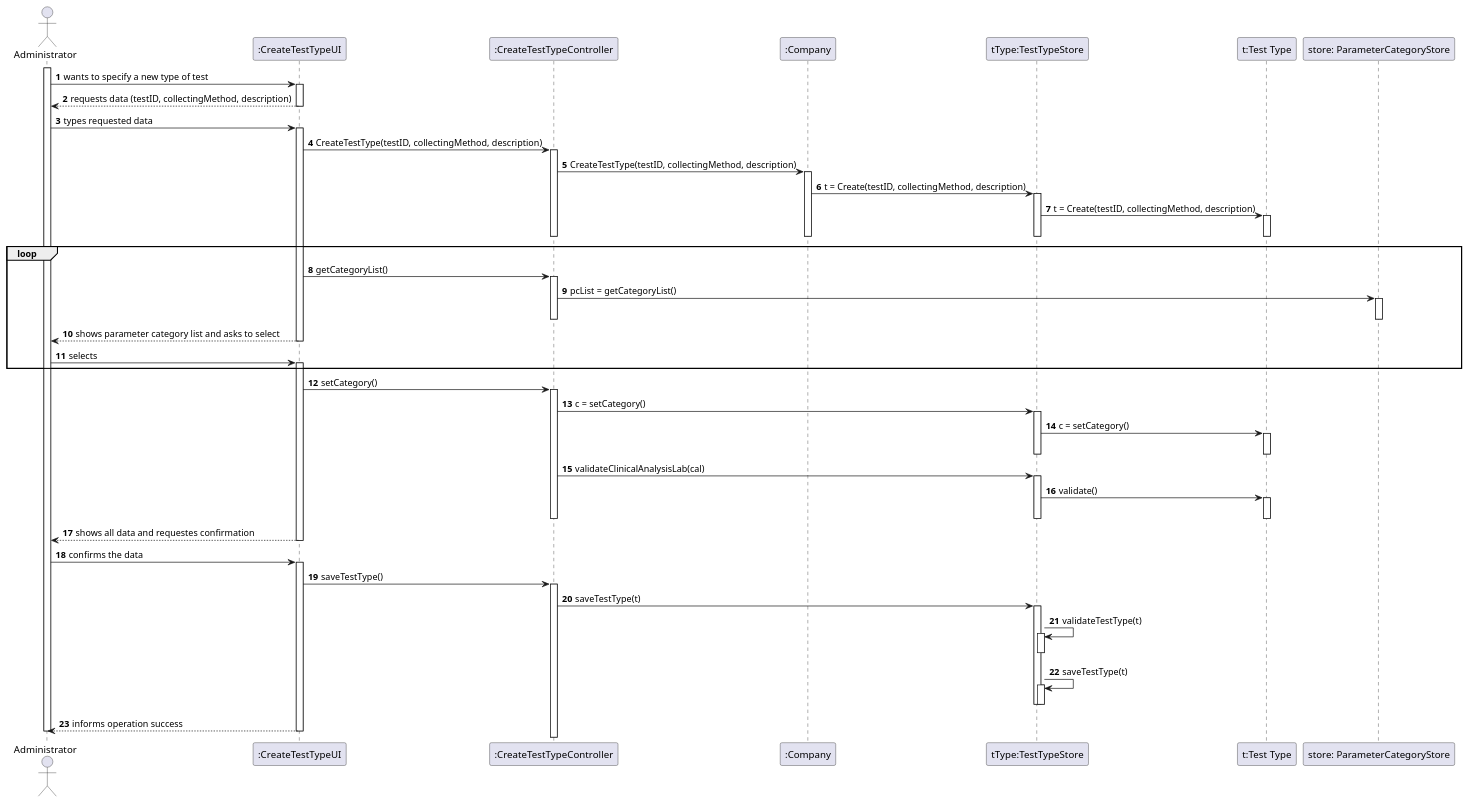
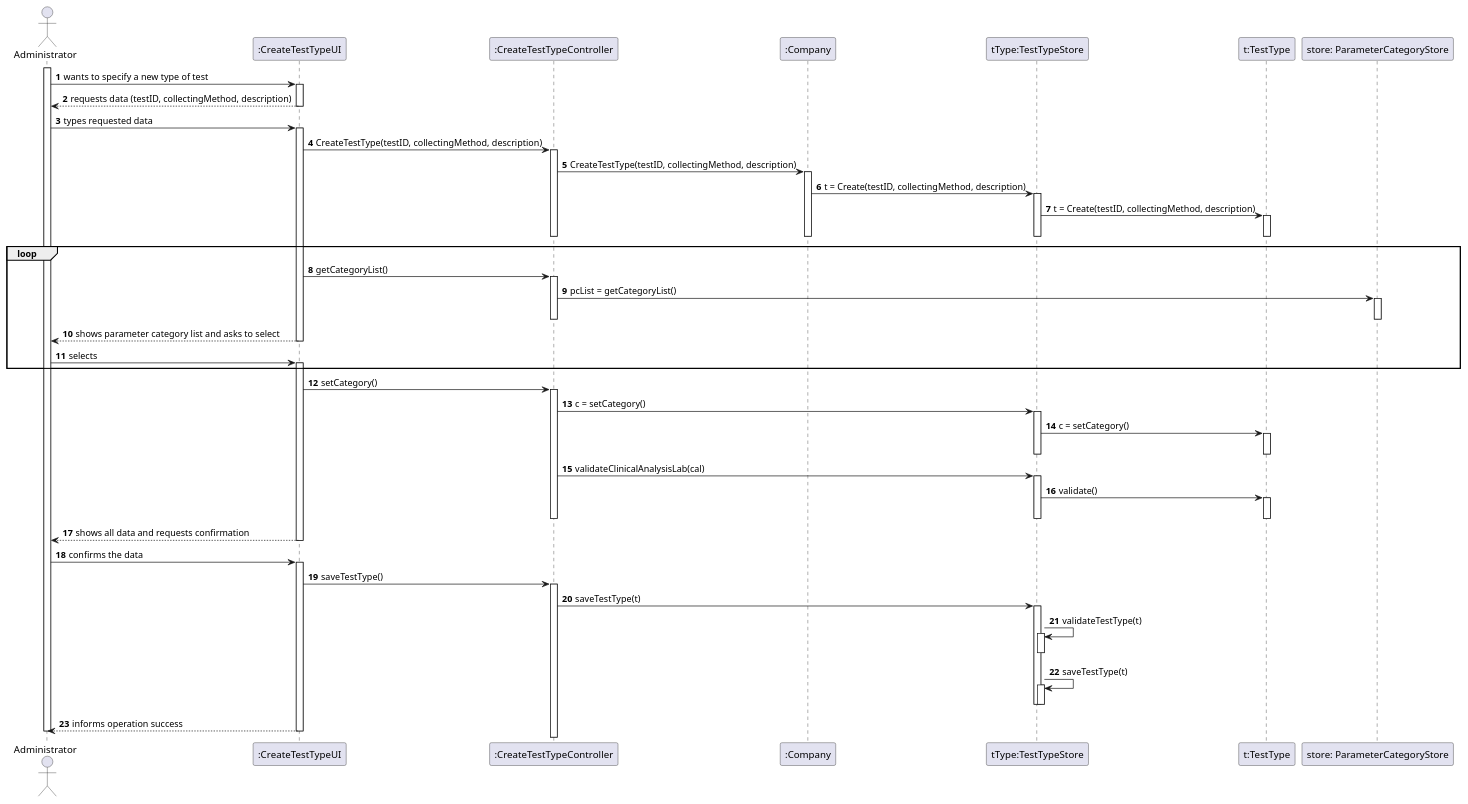
The diagram in docs/SprintB/US09/US9_SD.puml (MarianaCLages/LAPR2), drawn with PlantUML before and after one commit. The commit also changed 10 other files, not shown here.

```diff
--- a/docs/SprintB/US09/US9_SD.puml
+++ b/docs/SprintB/US09/US9_SD.puml
@@ -1,82 +1,82 @@
 @startuml
 autonumber
 actor Administrator as A
 participant ":CreateTestTypeUI" as UI
 participant ":CreateTestTypeController" as CTRL
 participant ":Company" as C
 
 participant "tType:TestTypeStore" as STO
-participant "t:Test Type" as T
+participant "t:TestType" as T
 participant "store: ParameterCategoryStore" as CAT
 
 activate A
 A -> UI: wants to specify a new type of test
 activate UI
 UI --> A: requests data (testID, collectingMethod, description)
 deactivate UI
 A -> UI: types requested data
 activate UI
 UI -> CTRL: CreateTestType(testID, collectingMethod, description)
 activate CTRL
 CTRL -> C: CreateTestType(testID, collectingMethod, description)
 activate C
 C -> STO: t = Create(testID, collectingMethod, description)
 activate STO
 STO-> T: t = Create(testID, collectingMethod, description)
 activate T
 deactivate T
 deactivate STO
 deactivate C
 deactivate CTRL
 
 loop
 UI -> CTRL: getCategoryList()
 activate CTRL
 CTRL -> CAT : pcList = getCategoryList()
 activate CAT
 deactivate CAT
 deactivate CTRL
 UI --> A: shows parameter category list and asks to select
 deactivate UI
 A -> UI: selects
 activate UI
 end
 UI -> CTRL: setCategory()
 activate CTRL
 CTRL -> STO: c = setCategory()
 activate STO
 STO -> T: c = setCategory()
 activate T
 deactivate T
 deactivate STO
 deactivate C
 CTRL -> STO: validateClinicalAnalysisLab(cal)
 activate STO
 STO -> T : validate()
 activate T
 deactivate T
 deactivate STO
 deactivate CTRL
 
-UI --> A: shows all data and requestes confirmation
+UI --> A: shows all data and requests confirmation
 deactivate UI
 
 A -> UI: confirms the data
 activate UI
 UI-> CTRL : saveTestType()
 activate CTRL
 CTRL -> STO: saveTestType(t)
 activate STO
 STO -> STO : validateTestType(t)
 activate STO
 deactivate STO
 STO -> STO : saveTestType(t)
 activate STO
 deactivate STO
 deactivate STO
 UI --> A: informs operation success
 deactivate UI
 deactivate A
 
 
 @enduml
```
